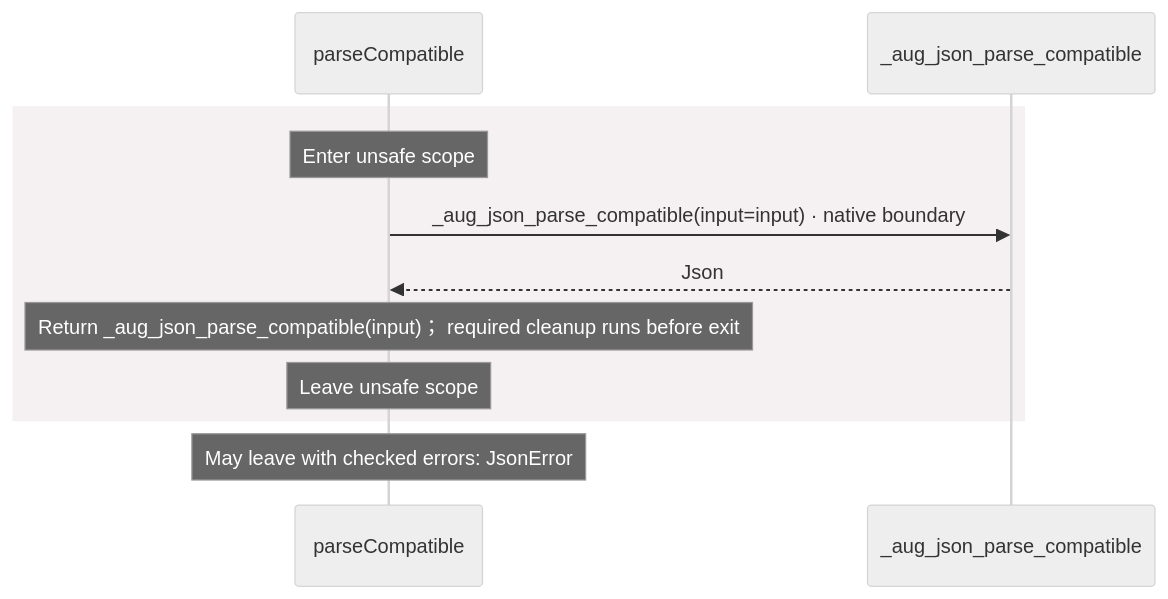
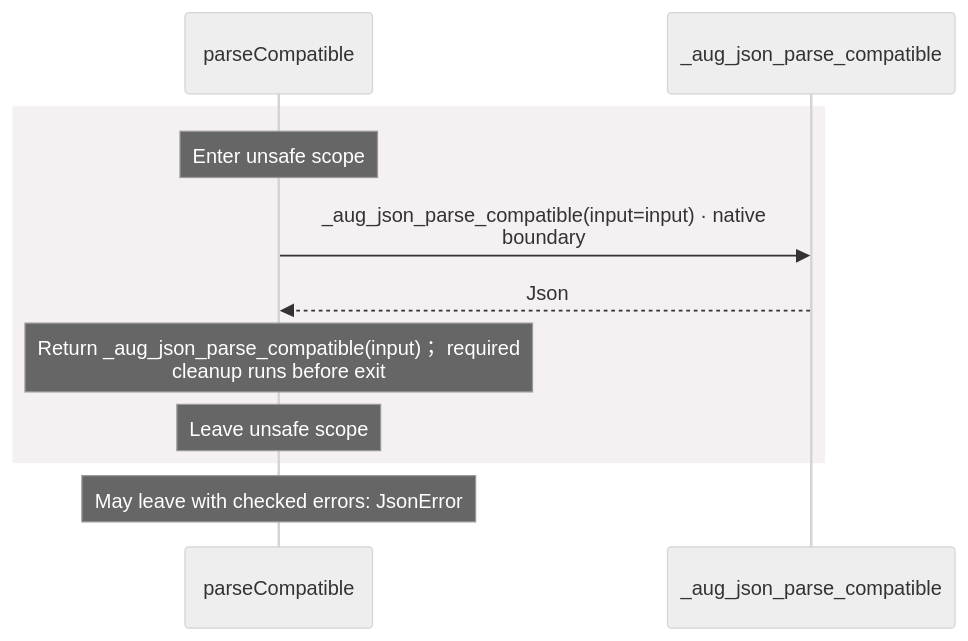
One commit to GreenPandaStudios/augscript changed the third of 3 diagrams in src/stdlib/json/contracts.aug.diagrams.md. Above: the diagram before and after it, drawn with Mermaid (neutral theme). The commit also changed other lines of this file and 200 other files, not shown here.

Commit message:
Group imported operations and wrap readable sequence messages

````diff
--- a/src/stdlib/json/contracts.aug.diagrams.md
+++ b/src/stdlib/json/contracts.aug.diagrams.md
@@ -69,13 +69,13 @@
 ```mermaid
 sequenceDiagram
     participant p0 as parseCompatible
     participant p1 as _aug_json_parse_compatible
     rect rgb(245, 240, 241)
     Note over p0: Enter unsafe scope
-    p0->>p1: _aug_json_parse_compatible(input=input) · native boundary
+    p0->>p1: _aug_json_parse_compatible(input=input) · native<br/>boundary
     p1-->>p0: Json
-    Note over p0: Return _aug_json_parse_compatible(input)； required cleanup runs before exit
+    Note over p0: Return _aug_json_parse_compatible(input)； required<br/>cleanup runs before exit
     Note over p0: Leave unsafe scope
     end
     Note over p0: May leave with checked errors: JsonError
 ```
````
